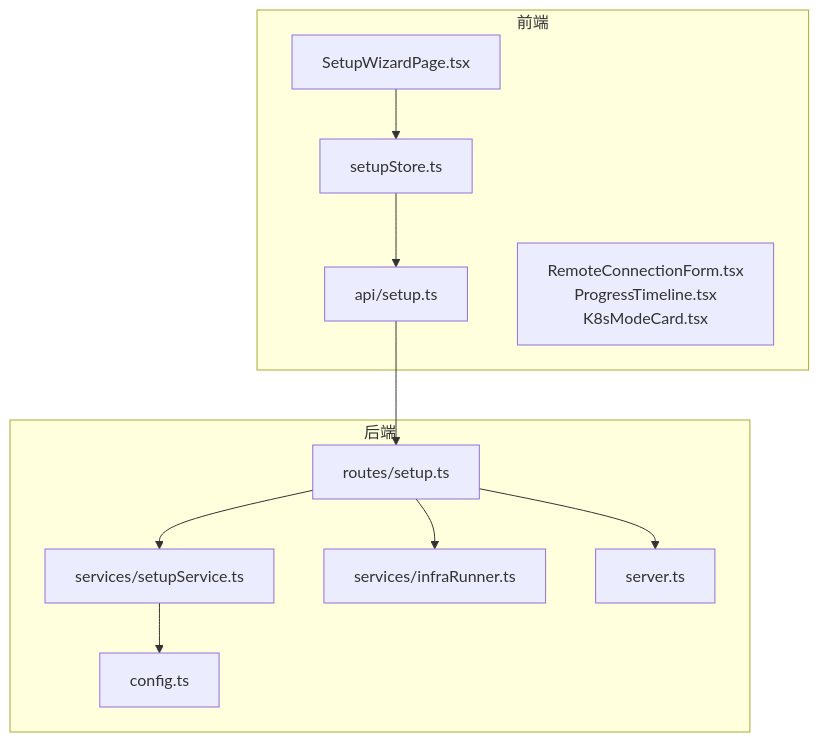
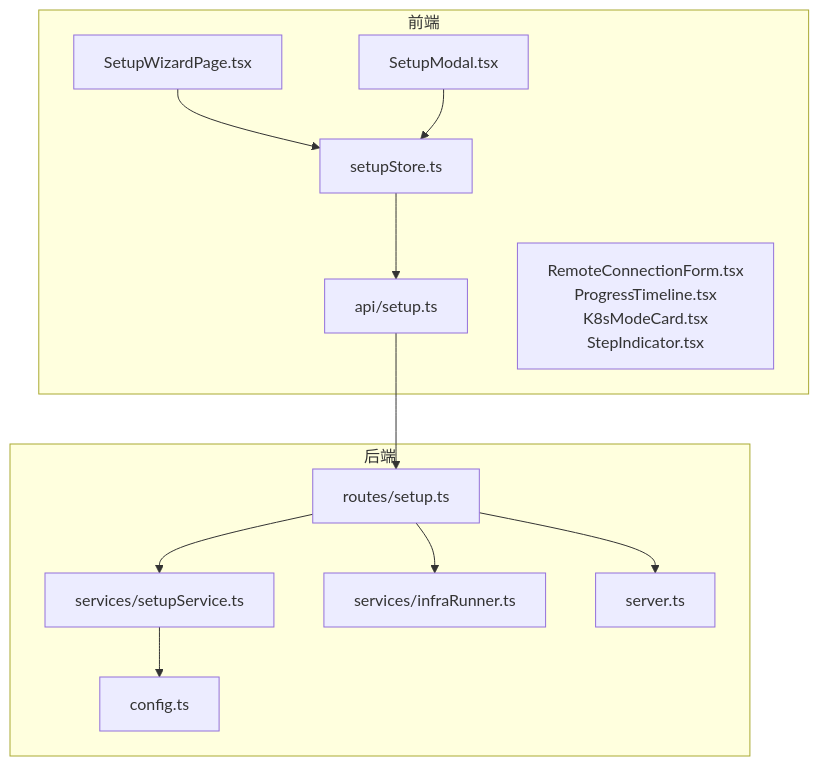
One commit to RabbitAI-Lab/Sandbox-Manager changed the first of 4 diagrams in .qoder/repowiki/zh/content/前端应用架构/API客户端层/设置向导API.md. Above: the diagram before and after it, drawn with Mermaid. The commit also changed other lines of this file and 15 other files, not shown here.

````diff
--- a/.qoder/repowiki/zh/content/前端应用架构/API客户端层/设置向导API.md
+++ b/.qoder/repowiki/zh/content/前端应用架构/API客户端层/设置向导API.md
@@ -46,23 +58,25 @@
 ```mermaid
 graph TB
 subgraph "前端"
 FE_Page["SetupWizardPage.tsx"]
+FE_Modal["SetupModal.tsx"]
 FE_Store["setupStore.ts"]
 FE_API["api/setup.ts"]
-FE_Comps["RemoteConnectionForm.tsx<br/>ProgressTimeline.tsx<br/>K8sModeCard.tsx"]
+FE_Comps["RemoteConnectionForm.tsx<br/>ProgressTimeline.tsx<br/>K8sModeCard.tsx<br/>StepIndicator.tsx"]
 end
 subgraph "后端"
 BE_Router["routes/setup.ts"]
 BE_Service["services/setupService.ts"]
 BE_Infra["services/infraRunner.ts"]
 BE_Config["config.ts"]
 BE_Server["server.ts"]
 end
 FE_Page --> FE_Store
+FE_Modal --> FE_Store
 FE_Store --> FE_API
 FE_API --> BE_Router
 BE_Router --> BE_Service
 BE_Router --> BE_Infra
 BE_Service --> BE_Config
 BE_Router --> BE_Server
 ```
````
